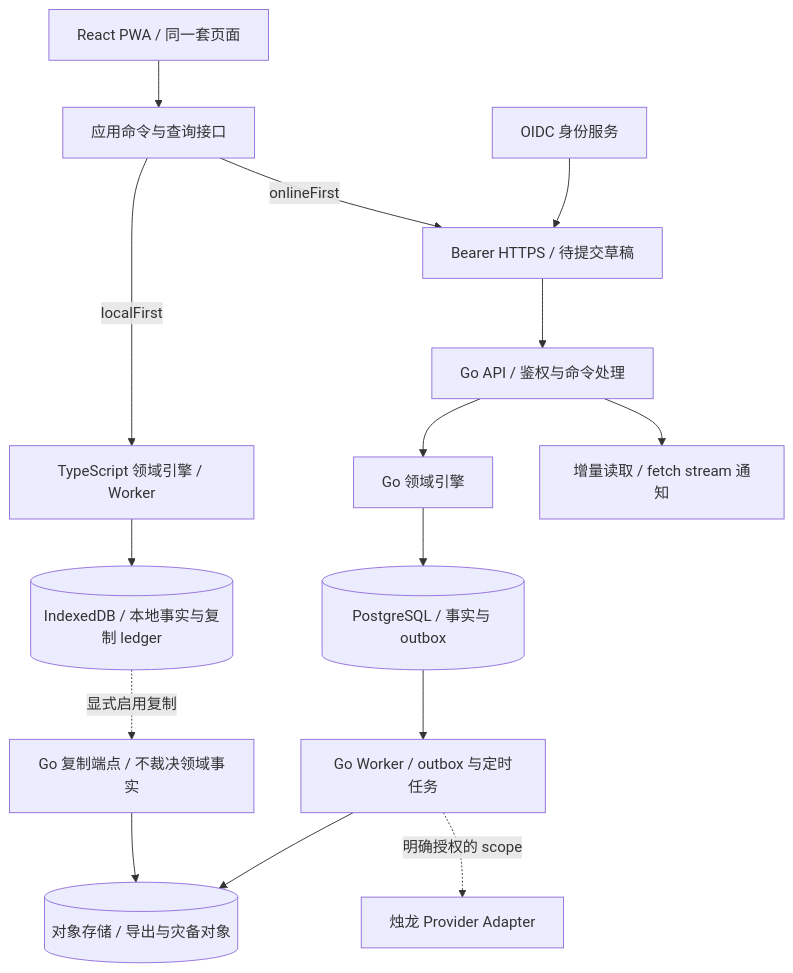
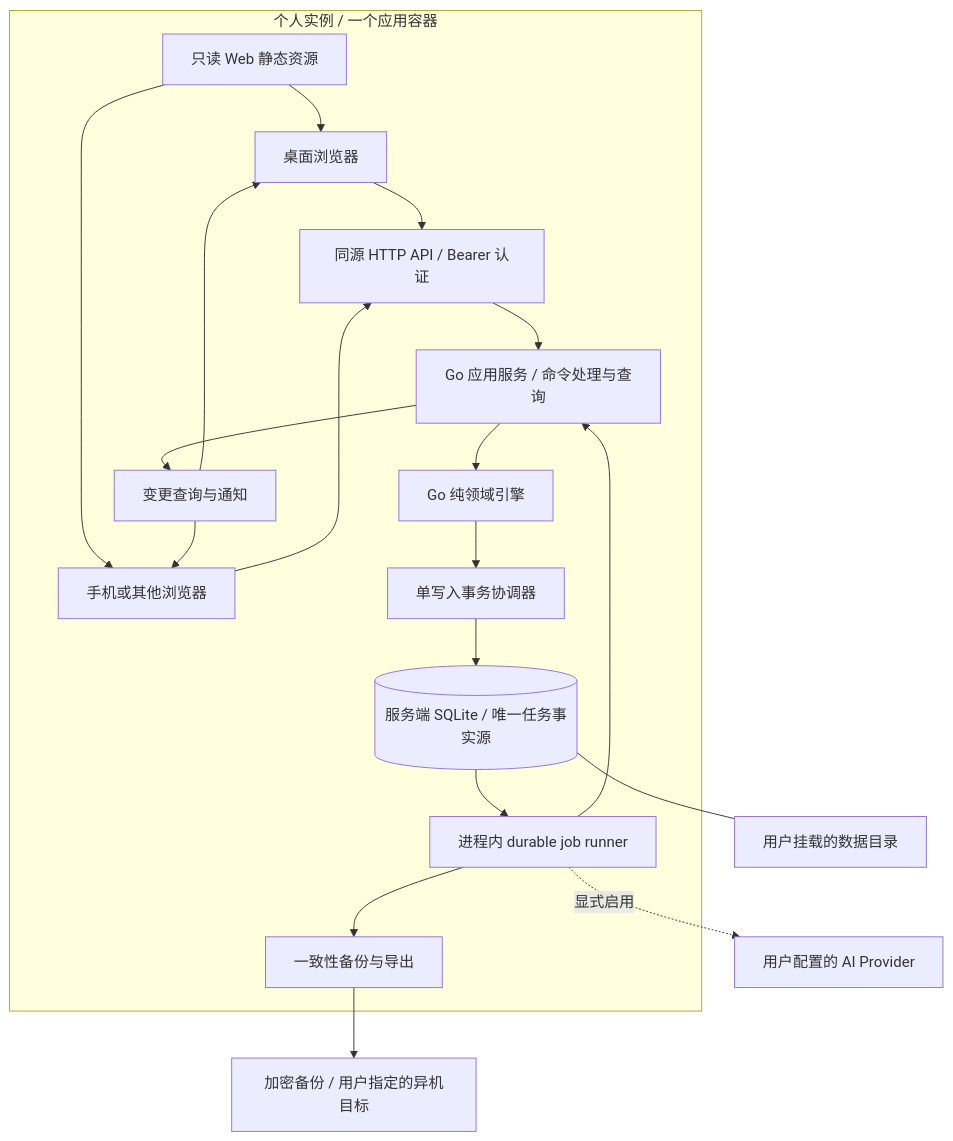
One commit to quboliu/noonmark changed the diagram in docs/tasks/noonmark-web-architecture/README.md. Above: the diagram before and after it, drawn with Mermaid. The commit also changed other lines of this file and 9 other files, not shown here.

First line of the commit message:
docs(web): scope personal self-hosted server

````diff
--- a/docs/tasks/noonmark-web-architecture/README.md
+++ b/docs/tasks/noonmark-web-architecture/README.md
@@ -56,17 +46,22 @@
 ```mermaid
 flowchart TB
-  UI[React PWA / 同一套页面] --> PORT[应用命令与查询接口]
-  PORT -->|localFirst| LOCAL[TypeScript 领域引擎 / Worker]
-  LOCAL --> IDB[(IndexedDB / 本地事实与复制 ledger)]
-  IDB -. 显式启用复制 .-> RELAY[Go 复制端点 / 不裁决领域事实]
-  PORT -->|onlineFirst| HTTP[Bearer HTTPS / 待提交草稿]
-  HTTP --> API[Go API / 鉴权与命令处理]
-  API --> DOMAIN[Go 领域引擎]
-  DOMAIN --> PG[(PostgreSQL / 事实与 outbox)]
-  API --> FEED[增量读取 / fetch stream 通知]
-  PG --> JOB[Go Worker / outbox 与定时任务]
-  JOB --> OBJ[(对象存储 / 导出与灾备对象)]
-  RELAY --> OBJ
-  AUTH[OIDC 身份服务] --> HTTP
-  JOB -. 明确授权的 scope .-> AI[烛龙 Provider Adapter]
+  B1[桌面浏览器] --> HTTP[同源 HTTP API / Bearer 认证]
+  B2[手机或其他浏览器] --> HTTP
+  subgraph Instance[个人实例 / 一个应用容器]
+    WEB[只读 Web 静态资源] --> B1
+    WEB --> B2
+    HTTP --> APP[Go 应用服务 / 命令处理与查询]
+    APP --> CORE[Go 纯领域引擎]
+    CORE --> TX[单写入事务协调器]
+    TX --> DB[(服务端 SQLite / 唯一任务事实源)]
+    DB --> JOB[进程内 durable job runner]
+    JOB --> APP
+    APP --> CHANGES[变更查询与通知]
+    JOB --> BACKUP[一致性备份与导出]
+  end
+  CHANGES --> B1
+  CHANGES --> B2
+  JOB -. 显式启用 .-> AI[用户配置的 AI Provider]
+  DB --- DATA[用户挂载的数据目录]
+  BACKUP --> ARCHIVE[加密备份 / 用户指定的异机目标]
 ```
````
